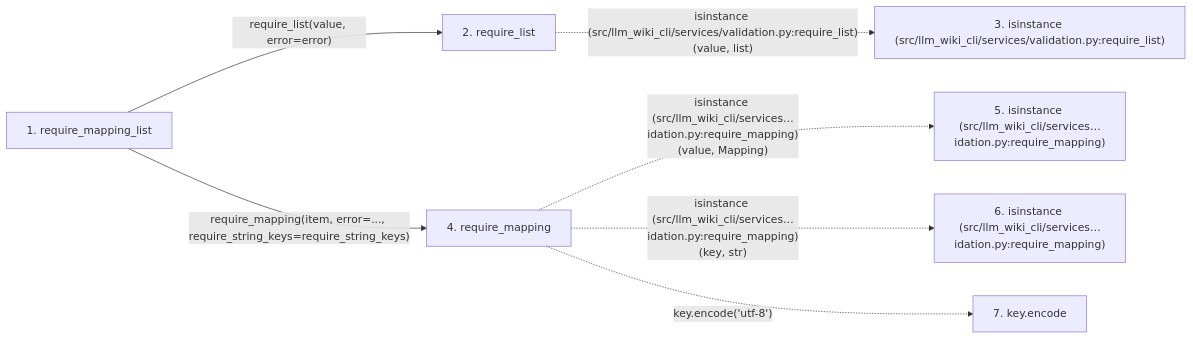
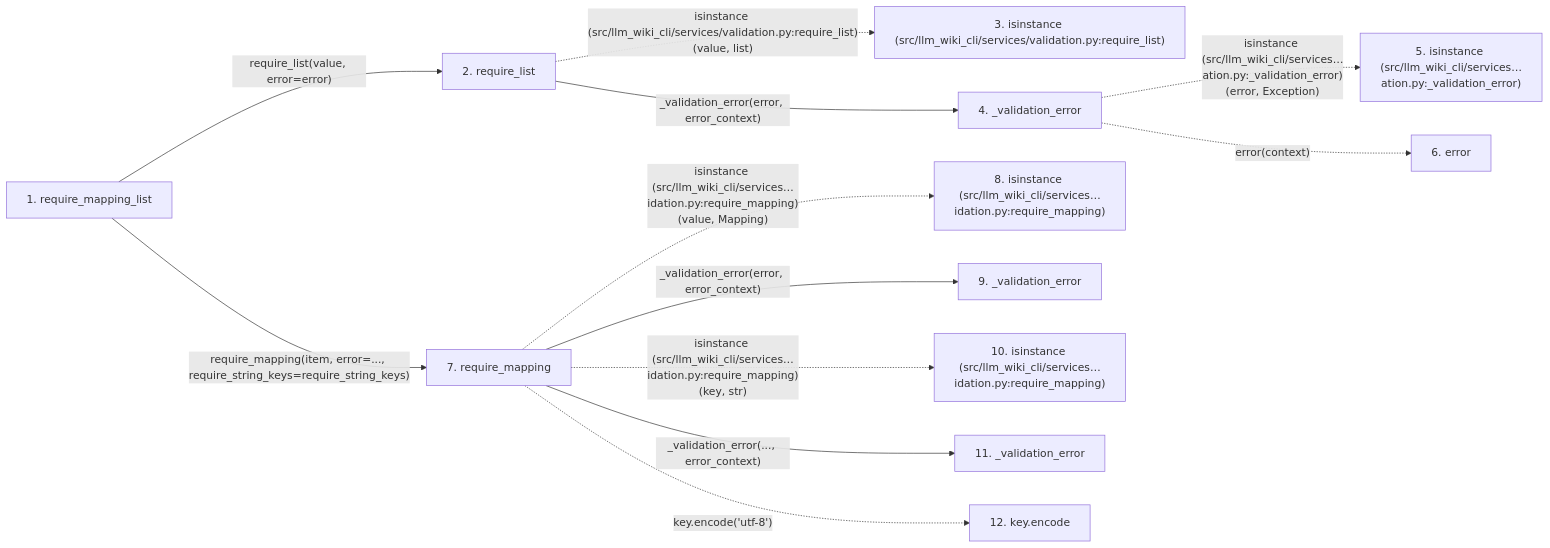
One commit to Denissvgn/python-wiki-llm changed the second of 2 diagrams in docs/llm_wiki/flows/api-require_mapping_list.md. Above: the diagram before and after it, drawn with Mermaid. The commit also changed other lines of this file and 627 other files, not shown here.

````diff
--- a/docs/llm_wiki/flows/api-require_mapping_list.md
+++ b/docs/llm_wiki/flows/api-require_mapping_list.md
@@ -45,19 +54,32 @@
 ```mermaid
 flowchart LR
     s1["1. require_mapping_list"]
     s2["2. require_list"]
     s3["3. isinstance (src/llm_wiki_cli/services/validation.py:require_list)"]
-    s4["4. require_mapping"]
-    s5["5. isinstance (src/llm_wiki_cli/services…idation.py:require_mapping)"]
-    s6["6. isinstance (src/llm_wiki_cli/services…idation.py:require_mapping)"]
-    s7["7. key.encode"]
+    s4["4. _validation_error"]
+    s5["5. isinstance (src/llm_wiki_cli/services…ation.py:_validation_error)"]
+    s6["6. error"]
+    s7["7. require_mapping"]
+    s8["8. isinstance (src/llm_wiki_cli/services…idation.py:require_mapping)"]
+    s9["9. _validation_error"]
+    s10["10. isinstance (src/llm_wiki_cli/services…idation.py:require_mapping)"]
+    s11["11. _validation_error"]
+    s12["12. key.encode"]
     s1 -->|"require_list(value, error=error)"| s2
     s2 -. "isinstance (src/llm_wiki_cli/services/validation.py:require_list)(value, list)" .-> s3
-    s1 -->|"require_mapping(item, error=..., require_string_keys=require_string_keys)"| s4
-    s4 -. "isinstance (src/llm_wiki_cli/services…idation.py:require_mapping)(value, Mapping)" .-> s5
-    s4 -. "isinstance (src/llm_wiki_cli/services…idation.py:require_mapping)(key, str)" .-> s6
-    s4 -. "key.encode('utf-8')" .-> s7
+    s2 -->|"_validation_error(error, error_context)"| s4
+    s4 -. "isinstance (src/llm_wiki_cli/services…ation.py:_validation_error)(error, Exception)" .-> s5
+    s4 -. "error(context)" .-> s6
+    s1 -->|"require_mapping(item, error=..., require_string_keys=require_string_keys)"| s7
+    s7 -. "isinstance (src/llm_wiki_cli/services…idation.py:require_mapping)(value, Mapping)" .-> s8
+    s7 -->|"_validation_error(error, error_context)"| s9
+    s7 -. "isinstance (src/llm_wiki_cli/services…idation.py:require_mapping)(key, str)" .-> s10
+    s7 -->|"_validation_error(..., error_context)"| s11
+    s7 -. "key.encode('utf-8')" .-> s12
     click s1 "../modules/validation.md"
     click s2 "../modules/validation.md"
     click s4 "../modules/validation.md"
+    click s7 "../modules/validation.md"
+    click s9 "../modules/validation.md"
+    click s11 "../modules/validation.md"
 ```
````
